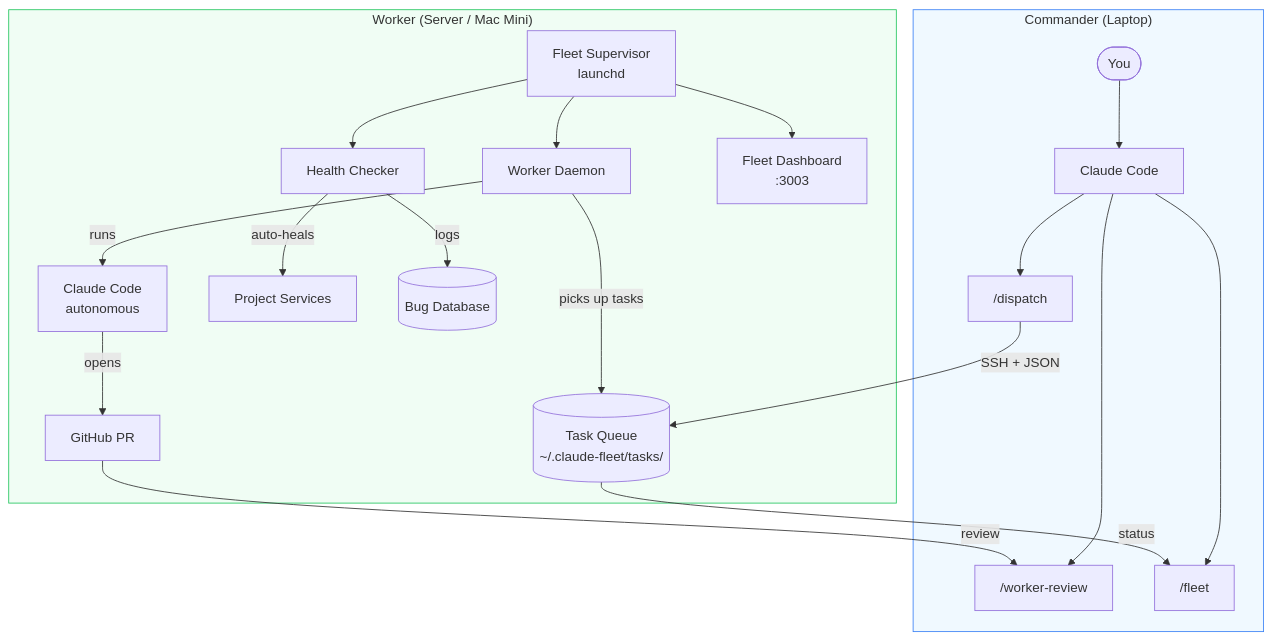
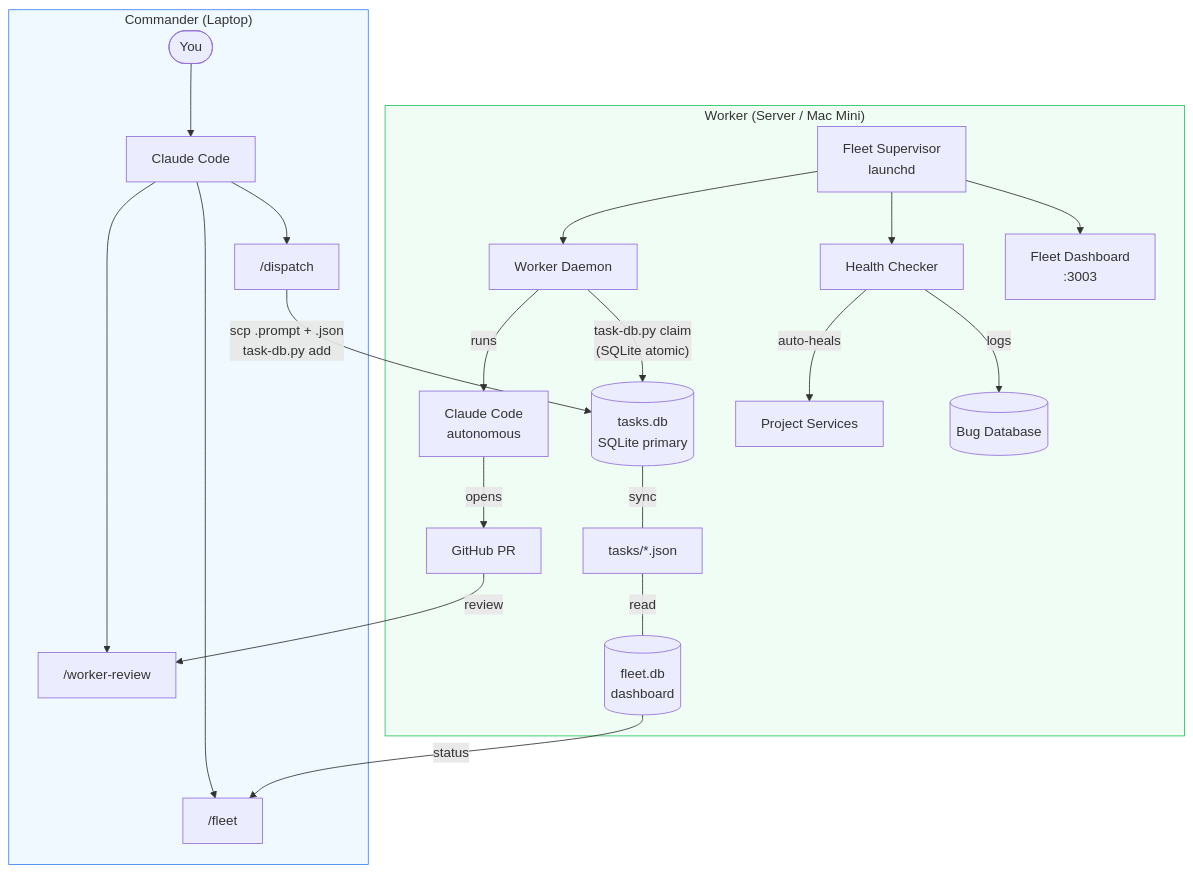
The first of 9 diagrams in README.md (doyun-gu/claude-handler), drawn with Mermaid before and after one commit. The commit also changed other lines of this file and 2 other files, not shown here.

Commit message:
docs: dispatch architecture with SQLite-primary workflow
- Add docs/DISPATCH-ARCHITECTURE.md with full mermaid diagrams:
  dispatch flow, data layer, daemon claiming sequence, priority system
- Update /dispatch command: add task-db.py registration on both
  machines, add missing JSON fields (base_branch, priority, depends_on,
  max_turns, group), add architecture overview diagram
- Update README architecture diagram to show SQLite-primary claiming
  and two-database system

````diff
--- a/README.md
+++ b/README.md
@@ -25,27 +25,29 @@
 ```mermaid
 graph TB
     subgraph Commander["Commander (Laptop)"]
         User([You]) --> Claude[Claude Code]
         Claude --> Dispatch["/dispatch"]
         Claude --> Review["/worker-review"]
         Claude --> Fleet["/fleet"]
     end
 
     subgraph Worker["Worker (Server / Mac Mini)"]
         Supervisor[Fleet Supervisor<br/>launchd] --> Daemon[Worker Daemon]
         Supervisor --> Health[Health Checker]
         Supervisor --> Dashboard[Fleet Dashboard<br/>:3003]
-        Daemon --> |picks up tasks| Queue[(Task Queue<br/>~/.claude-fleet/tasks/)]
-        Daemon --> |runs| WorkerClaude[Claude Code<br/>autonomous]
-        WorkerClaude --> |opens| PR[GitHub PR]
-        Health --> |auto-heals| Services[Project Services]
-        Health --> |logs| BugDB[(Bug Database)]
+        Daemon -->|"task-db.py claim<br/>(SQLite atomic)"| TasksDB[(tasks.db<br/>SQLite primary)]
+        Daemon -->|runs| WorkerClaude[Claude Code<br/>autonomous]
+        WorkerClaude -->|opens| PR[GitHub PR]
+        Health -->|auto-heals| Services[Project Services]
+        Health -->|logs| BugDB[(Bug Database)]
+        TasksDB ---|sync| JSON[tasks/*.json]
+        JSON ---|read| FleetDB[(fleet.db<br/>dashboard)]
     end
 
-    Dispatch --> |SSH + JSON| Queue
-    PR --> |review| Review
-    Queue --> |status| Fleet
+    Dispatch -->|"scp .prompt + .json<br/>task-db.py add"| TasksDB
+    PR -->|review| Review
+    FleetDB -->|status| Fleet
 
     style Commander fill:#f0f9ff,stroke:#3b82f6
     style Worker fill:#f0fdf4,stroke:#22c55e
 ```
````
